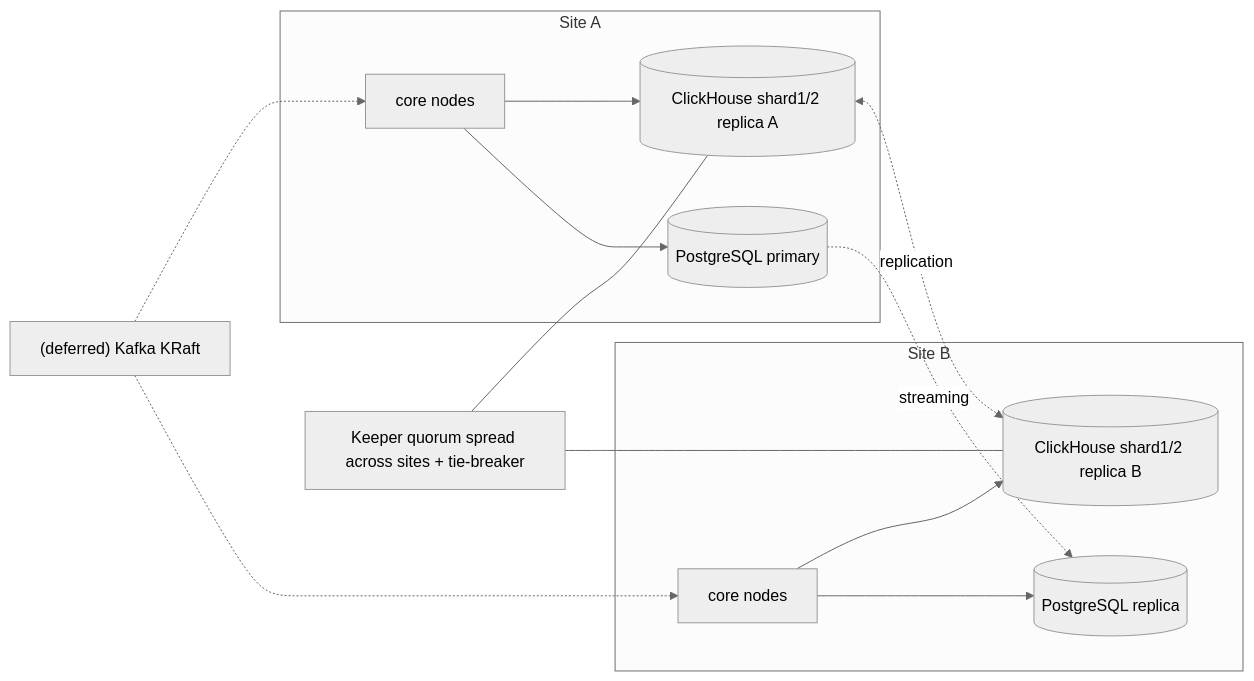
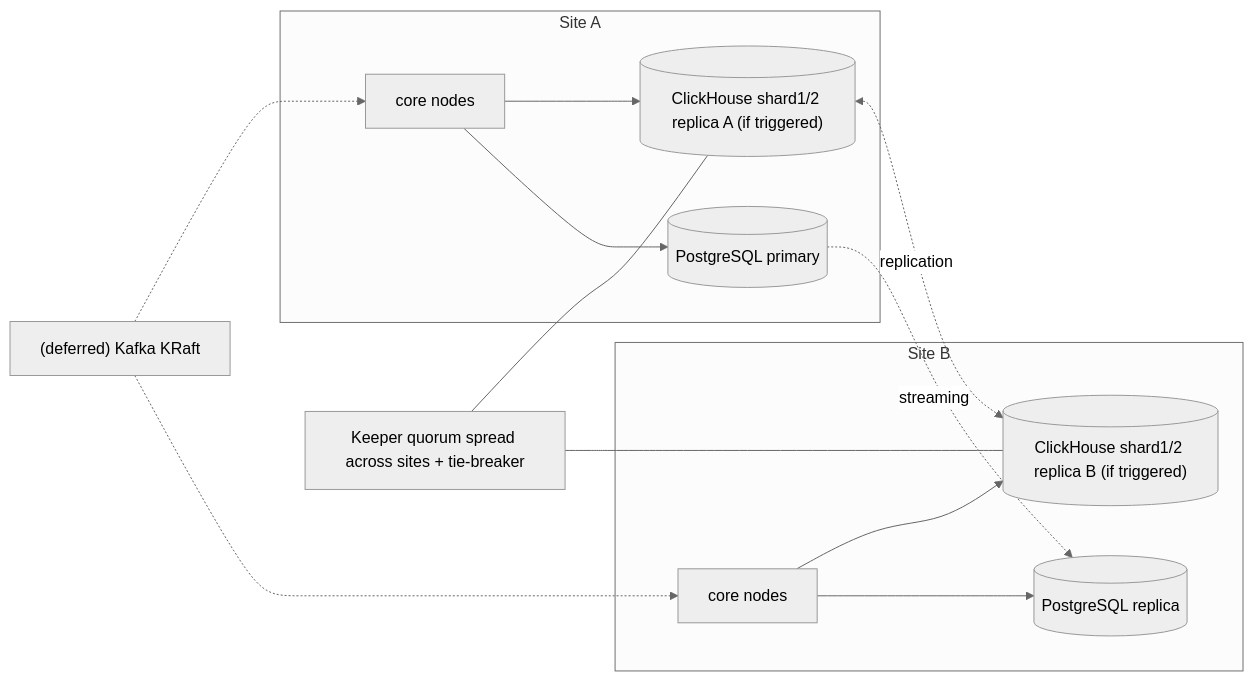
The third of 3 diagrams in docs/operations/deployment-and-runbooks.md (navy1919/IssabelMonitoring), drawn with Mermaid (neutral theme) before and after one commit. The commit also changed other lines of this file and 46 other files, not shown here.

````diff
--- a/docs/operations/deployment-and-runbooks.md
+++ b/docs/operations/deployment-and-runbooks.md
@@ -87,15 +106,15 @@
 ```mermaid
 flowchart LR
   subgraph S1["Site A"]
-    C1["core nodes"] --> CHA[("ClickHouse shard1/2 replica A")]
+    C1["core nodes"] --> CHA[("ClickHouse shard1/2 replica A (if triggered)")]
     C1 --> PGA[("PostgreSQL primary")]
   end
   subgraph S2["Site B"]
-    C2["core nodes"] --> CHB[("ClickHouse shard1/2 replica B")]
+    C2["core nodes"] --> CHB[("ClickHouse shard1/2 replica B (if triggered)")]
     C2 --> PGB[("PostgreSQL replica")]
   end
   PGA -. streaming .-> PGB
   CHA <-. replication .-> CHB
   KZ["Keeper quorum spread across sites + tie-breaker"] --- CHA & CHB
   BUS["(deferred) Kafka KRaft"] -.-> C1 & C2
 ```
````
